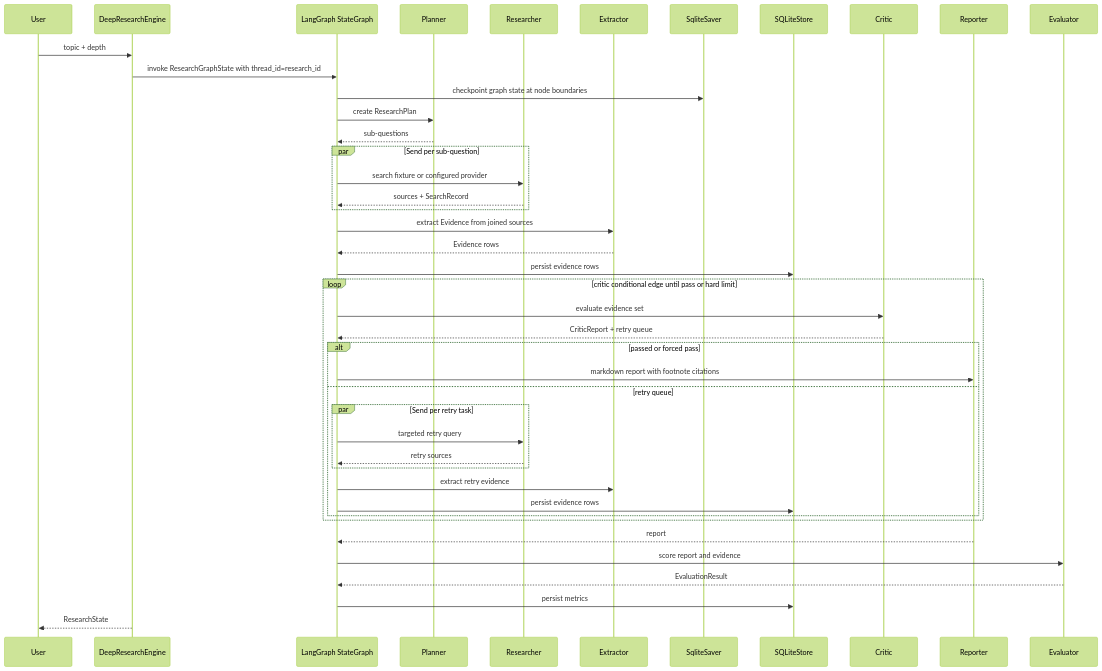
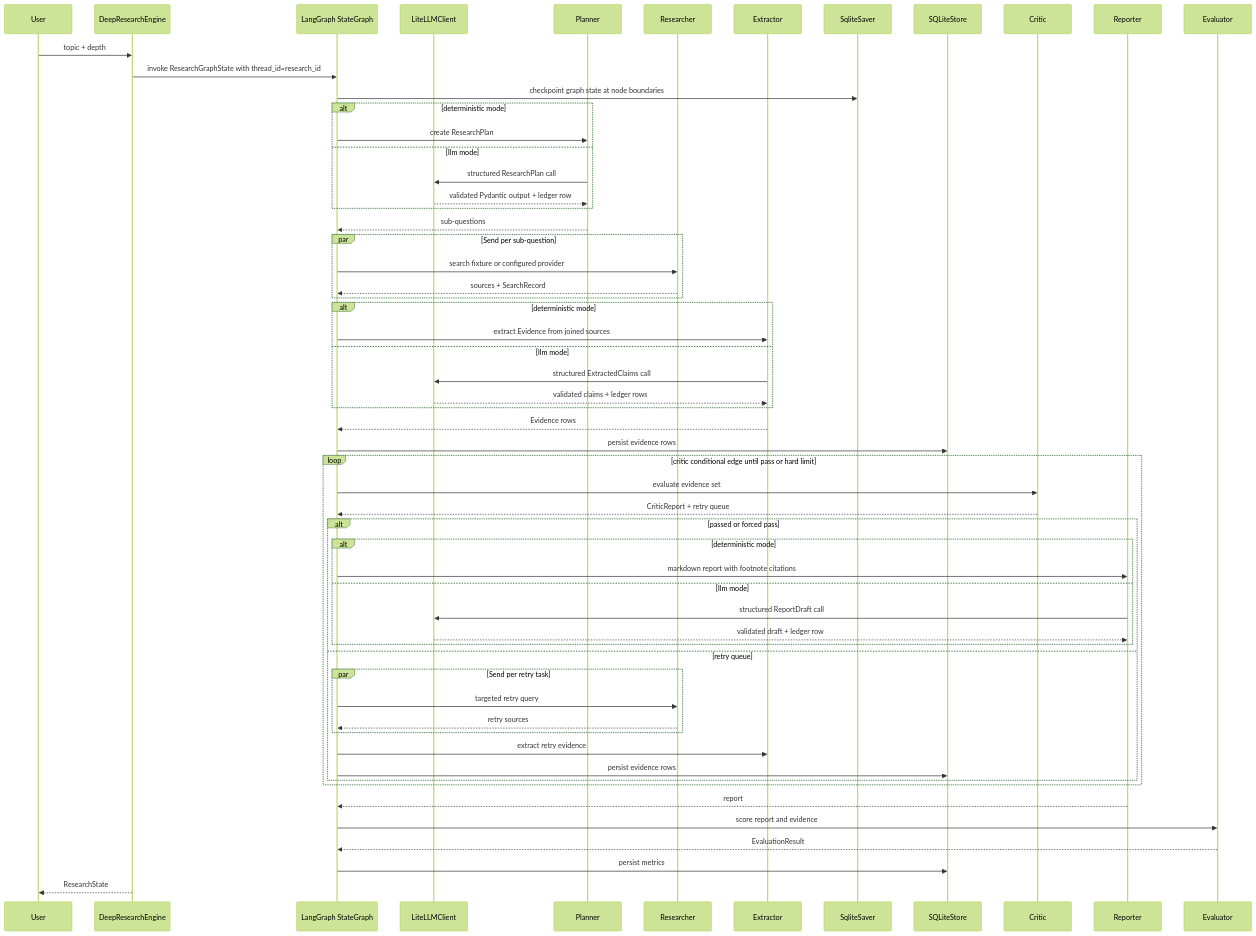
One commit to linqiaoyu/DeepResearchAgent changed the diagram in docs/architecture.md. Above: the diagram before and after it, drawn with Mermaid (forest theme). The commit also changed other lines of this file and 5 other files, not shown here.

Commit message:
docs: document llm mode and provider boundaries

````diff
--- a/docs/architecture.md
+++ b/docs/architecture.md
@@ -7,46 +7,62 @@
 ```mermaid
 sequenceDiagram
     participant User
     participant Engine as DeepResearchEngine
     participant Graph as LangGraph StateGraph
+    participant LLM as LiteLLMClient
     participant Planner
     participant Researcher
     participant Extractor
     participant Saver as SqliteSaver
     participant Store as SQLiteStore
     participant Critic
     participant Reporter
     participant Evaluator
 
     User->>Engine: topic + depth
     Engine->>Graph: invoke ResearchGraphState with thread_id=research_id
     Graph->>Saver: checkpoint graph state at node boundaries
-    Graph->>Planner: create ResearchPlan
+    alt deterministic mode
+        Graph->>Planner: create ResearchPlan
+    else llm mode
+        Planner->>LLM: structured ResearchPlan call
+        LLM-->>Planner: validated Pydantic output + ledger row
+    end
     Planner-->>Graph: sub-questions
     par Send per sub-question
         Graph->>Researcher: search fixture or configured provider
         Researcher-->>Graph: sources + SearchRecord
     end
-    Graph->>Extractor: extract Evidence from joined sources
+    alt deterministic mode
+        Graph->>Extractor: extract Evidence from joined sources
+    else llm mode
+        Extractor->>LLM: structured ExtractedClaims call
+        LLM-->>Extractor: validated claims + ledger rows
+    end
     Extractor-->>Graph: Evidence rows
     Graph->>Store: persist evidence rows
     loop critic conditional edge until pass or hard limit
         Graph->>Critic: evaluate evidence set
         Critic-->>Graph: CriticReport + retry queue
         alt passed or forced pass
-            Graph->>Reporter: markdown report with footnote citations
+            alt deterministic mode
+                Graph->>Reporter: markdown report with footnote citations
+            else llm mode
+                Reporter->>LLM: structured ReportDraft call
+                LLM-->>Reporter: validated draft + ledger row
+            end
         else retry queue
             par Send per retry task
                 Graph->>Researcher: targeted retry query
                 Researcher-->>Graph: retry sources
             end
             Graph->>Extractor: extract retry evidence
             Graph->>Store: persist evidence rows
         end
     end
     Reporter-->>Graph: report
     Graph->>Evaluator: score report and evidence
     Evaluator-->>Graph: EvaluationResult
     Graph->>Store: persist metrics
     Engine-->>User: ResearchState
 ```
````
